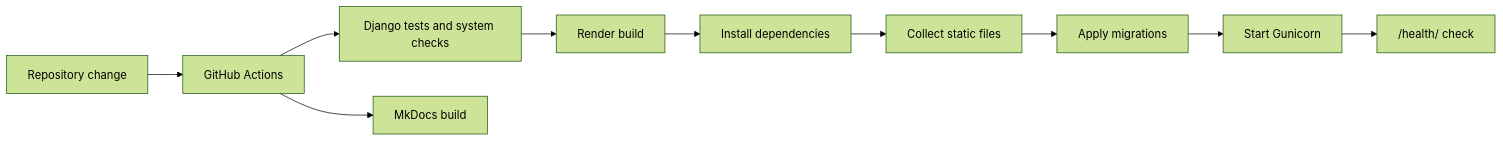
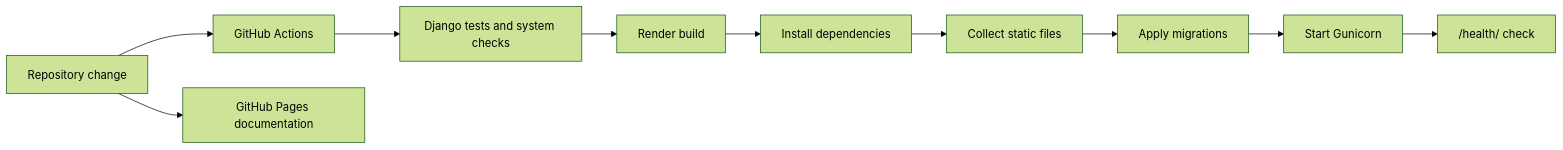
Before and after one commit to unvde/CP3407-Assessment: the fifth of 5 diagrams in docs/design/architecture.md, drawn with Mermaid (forest theme). The commit also changed 7 other files, not shown here.

````diff
--- a/docs/design/architecture.md
+++ b/docs/design/architecture.md
@@ -154,12 +154,12 @@
 ```mermaid
 flowchart LR
     Commit["Repository change"] --> CI["GitHub Actions"]
     CI --> Tests["Django tests and system checks"]
-    CI --> Docs["MkDocs build"]
+    Commit --> Docs["GitHub Pages documentation"]
     Tests --> Build["Render build"]
     Build --> Install["Install dependencies"]
     Install --> Collect["Collect static files"]
     Collect --> Migrate["Apply migrations"]
     Migrate --> Deploy["Start Gunicorn"]
     Deploy --> Health["/health/ check"]
 ```
````
